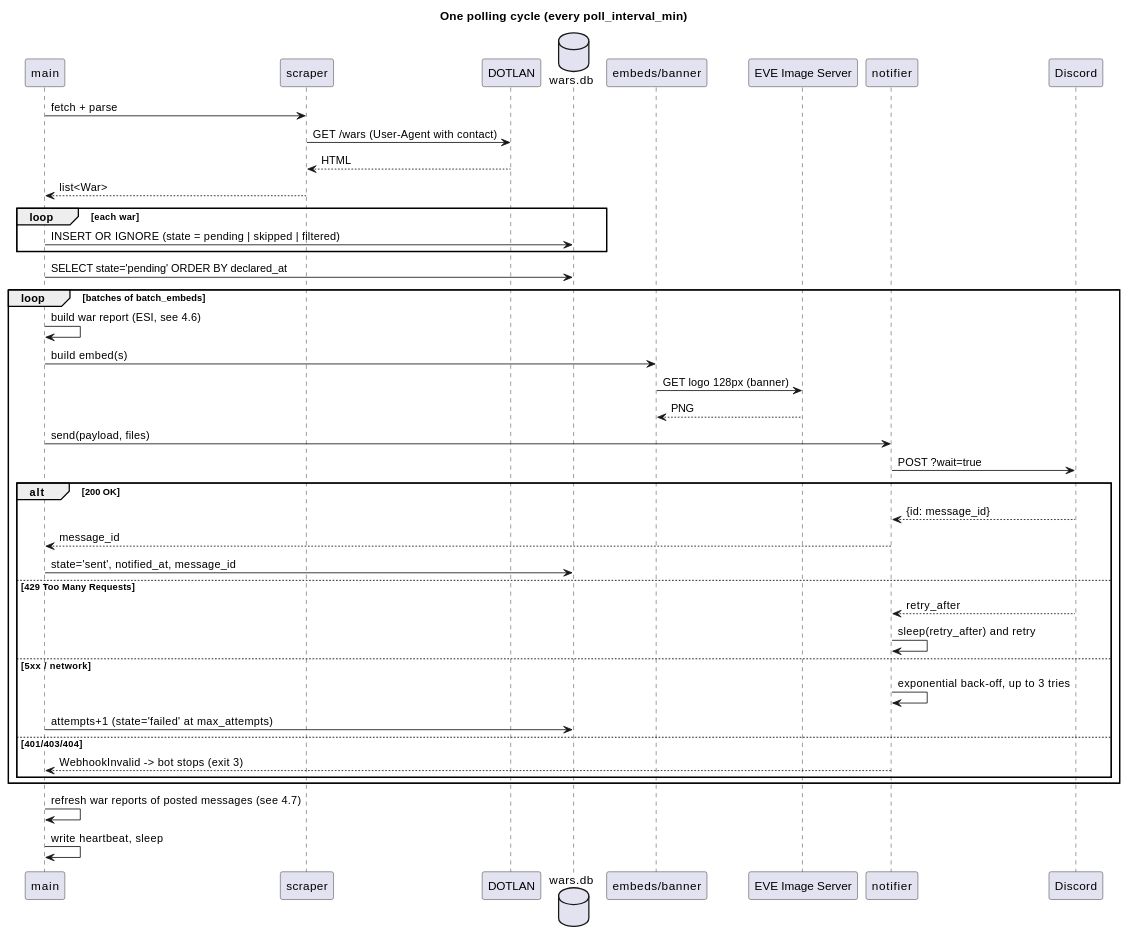
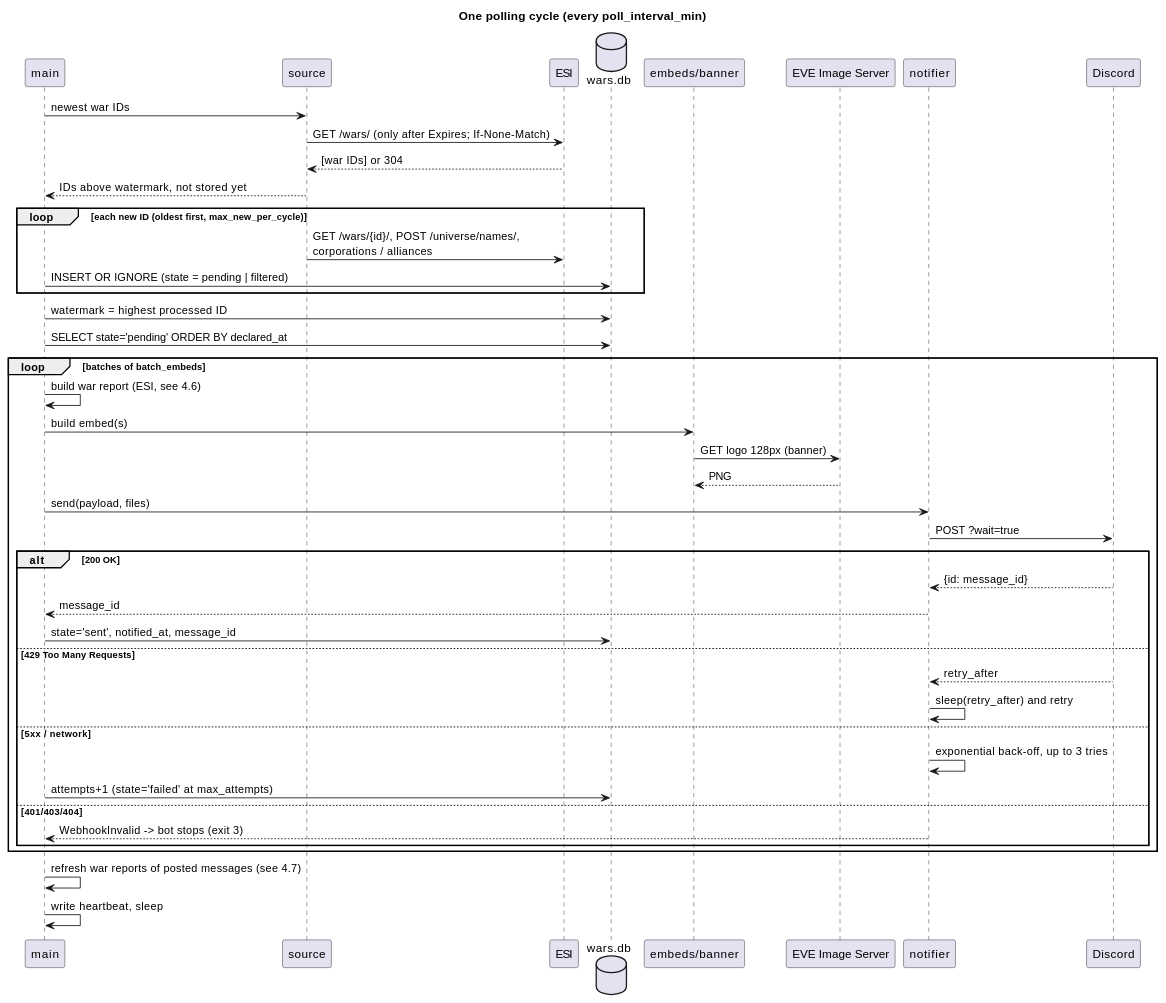
Before and after one commit to Headruner/eve-war-bot: the second of 5 diagrams in README.md, drawn with PlantUML. The commit also changed other lines of this file and 59 other files, not shown here.

Commit message:
2.0.0: wars from CCP ESI instead of DOTLAN

````diff
--- a/README.md
+++ b/README.md
@@ -154,45 +153,47 @@
 ```plantuml
 @startuml
 title One polling cycle (every poll_interval_min)
 participant "main" as M
-participant "scraper" as S
-participant "DOTLAN" as D
+participant "source" as S
+participant "ESI" as D
 database "wars.db" as DB
 participant "embeds/banner" as E
 participant "EVE Image Server" as I
 participant "notifier" as N
 participant "Discord" as X
 
-M -> S : fetch + parse
-S -> D : GET /wars (User-Agent with contact)
-D --> S : HTML
-S --> M : list<War>
-loop each war
-  M -> DB : INSERT OR IGNORE (state = pending | skipped | filtered)
+M -> S : newest war IDs
+S -> D : GET /wars/  (only after Expires; If-None-Match)
+D --> S : [war IDs] or 304
+S --> M : IDs above watermark, not stored yet
+loop each new ID (oldest first, max_new_per_cycle)
+  S -> D : GET /wars/{id}/, POST /universe/names/,\ncorporations / alliances
+  M -> DB : INSERT OR IGNORE (state = pending | filtered)
 end
+M -> DB : watermark = highest processed ID
 M -> DB : SELECT state='pending' ORDER BY declared_at
 loop batches of batch_embeds
   M -> M : build war report (ESI, see 4.6)
   M -> E : build embed(s)
   E -> I : GET logo 128px (banner)
   I --> E : PNG
   M -> N : send(payload, files)
   N -> X : POST ?wait=true
   alt 200 OK
     X --> N : {id: message_id}
     N --> M : message_id
     M -> DB : state='sent', notified_at, message_id
   else 429 Too Many Requests
     X --> N : retry_after
     N -> N : sleep(retry_after) and retry
   else 5xx / network
     N -> N : exponential back-off, up to 3 tries
     M -> DB : attempts+1 (state='failed' at max_attempts)
   else 401/403/404
     N --> M : WebhookInvalid -> bot stops (exit 3)
   end
 end
 M -> M : refresh war reports of posted messages (see 4.7)
 M -> M : write heartbeat, sleep
 @enduml
 ```
````
